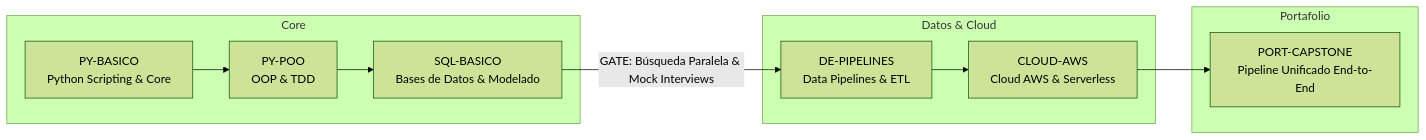
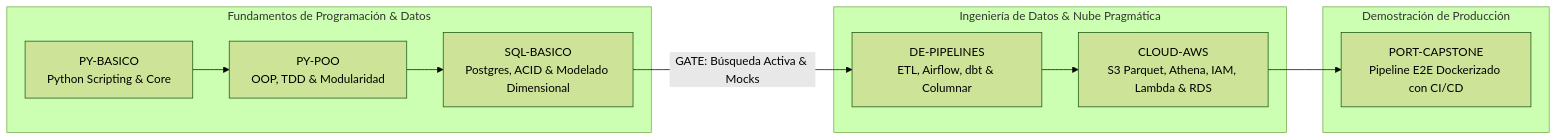
One commit to 01Ander/DoJo_Study changed the diagram in system/docs/05-syllabus-maestro.md. Above: the diagram before and after it, drawn with Mermaid (forest theme). The commit also changed other lines of this file and 2 other files, not shown here.

Commit message:
feat(curriculum): formalizar Syllabus 3.0 con integracion de mercado 2026 y podas

````diff
--- a/system/docs/05-syllabus-maestro.md
+++ b/system/docs/05-syllabus-maestro.md
@@ -15,16 +21,16 @@
 ```mermaid
 graph LR
-    subgraph Core
-        P1[PY-BASICO<br/>Python Scripting & Core] --> P2[PY-POO<br/>OOP & TDD]
-        P2 --> S1[SQL-BASICO<br/>Bases de Datos & Modelado]
+    subgraph Core [Fundamentos de Programación & Datos]
+        P1[PY-BASICO<br/>Python Scripting & Core] --> P2[PY-POO<br/>OOP, TDD & Modularidad]
+        P2 --> S1[SQL-BASICO<br/>Postgres, ACID & Modelado Dimensional]
     end
 
-    subgraph Datos & Cloud
-        S1 -->|GATE: Búsqueda Paralela & Mock Interviews| DE[DE-PIPELINES<br/>Data Pipelines & ETL]
-        DE --> CLOUD[CLOUD-AWS<br/>Cloud AWS & Serverless]
+    subgraph Datos & Cloud [Ingeniería de Datos & Nube Pragmática]
+        S1 -->|GATE: Búsqueda Activa & Mocks| DE[DE-PIPELINES<br/>ETL, Airflow, dbt & Columnar]
+        DE --> CLOUD[CLOUD-AWS<br/>S3 Parquet, Athena, IAM, Lambda & RDS]
     end
 
-    subgraph Portafolio
-        CLOUD --> PORT[PORT-CAPSTONE<br/>Pipeline Unificado End-to-End]
+    subgraph Portafolio [Demostración de Producción]
+        CLOUD --> PORT[PORT-CAPSTONE<br/>Pipeline E2E Dockerizado con CI/CD]
     end
 ```
````
